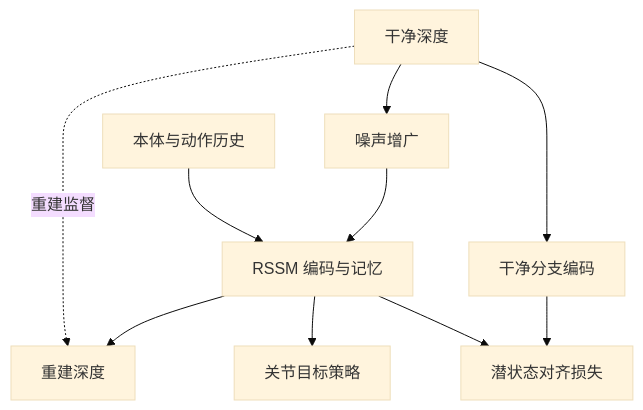
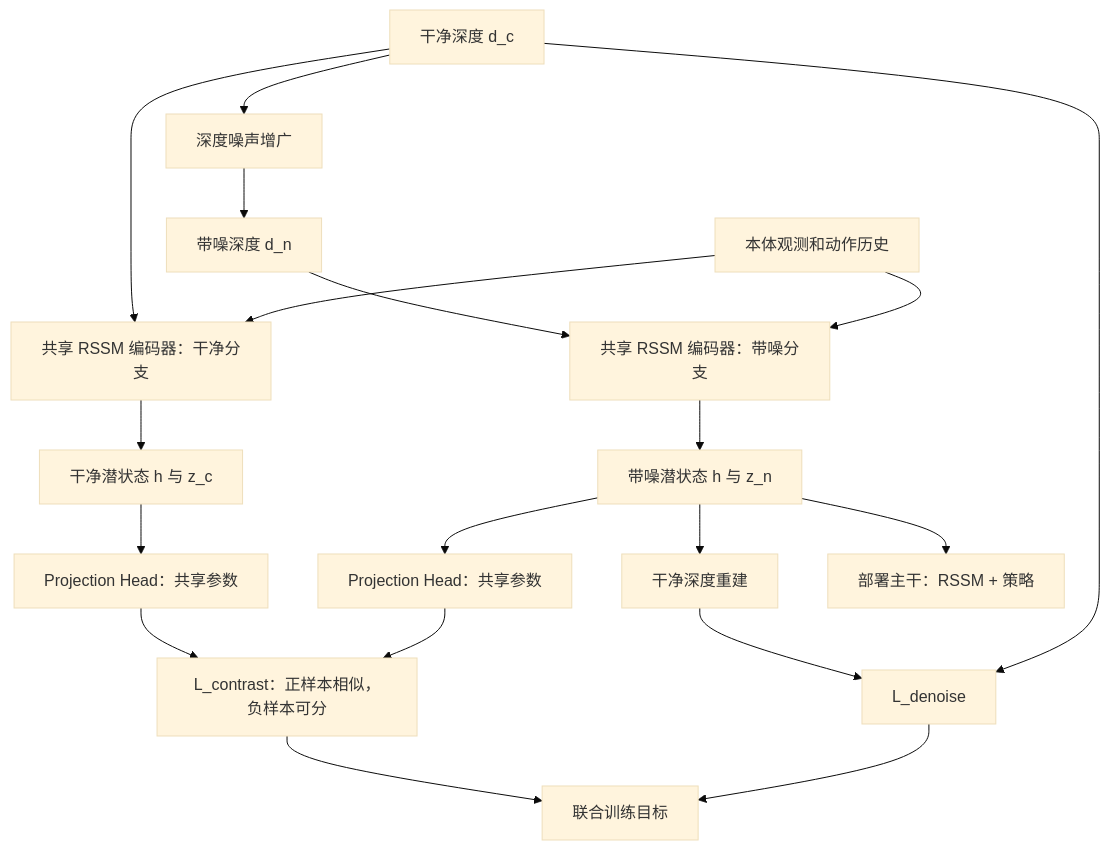
Before and after one commit to ImChong/Robotics_Notebooks: the first of 2 diagrams in wiki/entities/paper-dawn.md, drawn with Mermaid (base theme). The commit also changed other lines of this file, not shown here.

Commit message:
[2026-11-08] ingest | wiki/entities/paper-dawn.md — 增强对比学习机制与原文流程图

````diff
--- a/wiki/entities/paper-dawn.md
+++ b/wiki/entities/paper-dawn.md
@@ -59,12 +68,21 @@
 ```mermaid
 flowchart TB
-  clean["干净深度"] --> noise["噪声增广"]
-  noise --> rssm["RSSM 编码与记忆"]
-  prop["本体与动作历史"] --> rssm
-  rssm --> recon["重建深度"]
-  clean -. "重建监督" .-> recon
-  clean --> pair["干净分支编码"]
-  pair --> align["潜状态对齐损失"]
-  rssm --> align
-  rssm --> policy["关节目标策略"]
+  clean["干净深度 d_c"] --> noise["深度噪声增广"]
+  noise --> noisy["带噪深度 d_n"]
+  clean --> encC["共享 RSSM 编码器：干净分支"]
+  noisy --> encN["共享 RSSM 编码器：带噪分支"]
+  prop["本体观测和动作历史"] --> encC
+  prop --> encN
+  encC --> stateC["干净潜状态 h 与 z_c"]
+  encN --> stateN["带噪潜状态 h 与 z_n"]
+  stateC --> projC["Projection Head：共享参数"]
+  stateN --> projN["Projection Head：共享参数"]
+  projC --> contrast["L_contrast：正样本相似，负样本可分"]
+  projN --> contrast
+  stateN --> decode["干净深度重建"]
+  decode --> denoise["L_denoise"]
+  clean --> denoise
+  stateN --> policy["部署主干：RSSM + 策略"]
+  contrast --> total["联合训练目标"]
+  denoise --> total
 ```
````
